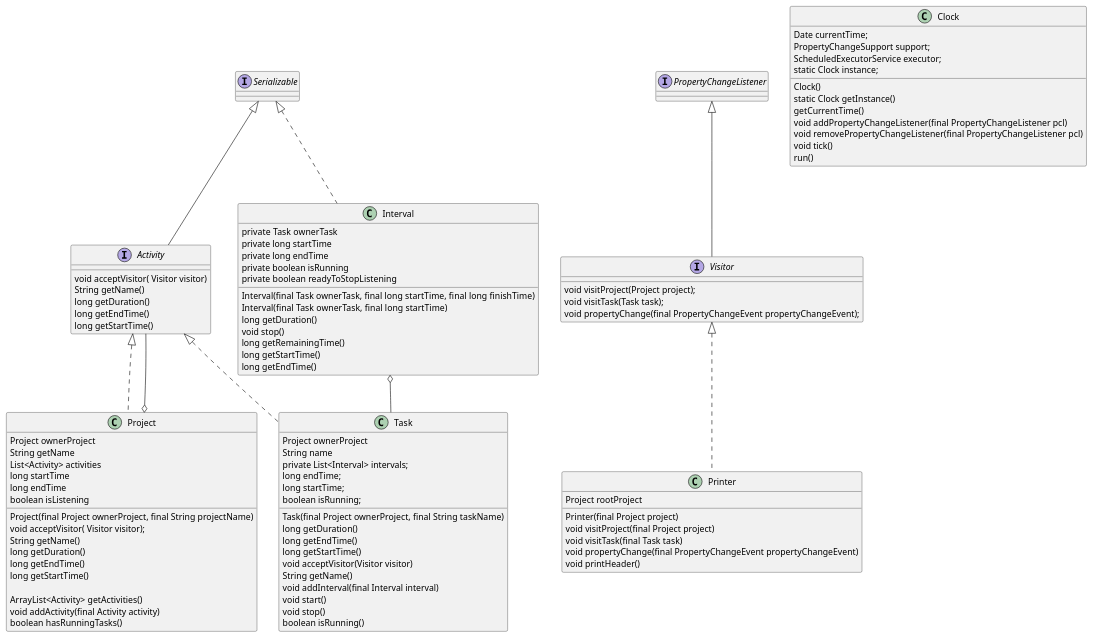
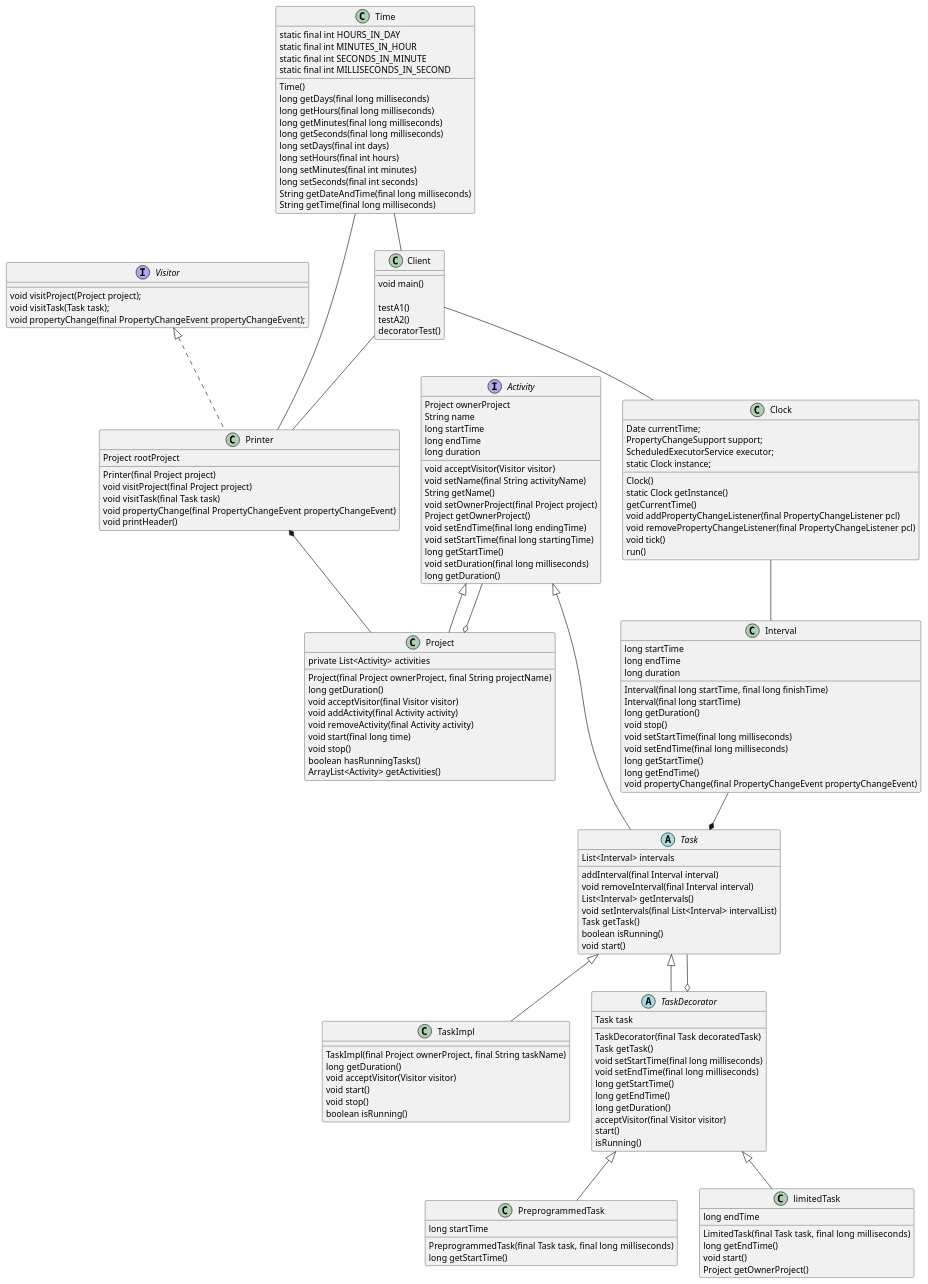
The diagram in app/src/main/java/core/ds/ds_project/DS.puml (danibudo/TimeTracker), drawn with PlantUML before and after one commit.

```diff
--- a/app/src/main/java/core/ds/ds_project/DS.puml
+++ b/app/src/main/java/core/ds/ds_project/DS.puml
@@ -1,112 +1,200 @@
 @startuml
 
-interface Activity extends Serializable {
+interface Activity {
 
-void acceptVisitor( Visitor visitor)
+Project ownerProject
+String name
+long startTime
+long endTime
+long duration
+
+void acceptVisitor(Visitor visitor)
+void setName(final String activityName)
 String getName()
+void setOwnerProject(final Project project)
+Project getOwnerProject()
+void setEndTime(final long endingTime)
+void setStartTime(final long startingTime)
+long getStartTime()
+void setDuration(final long milliseconds)
 long getDuration()
-long getEndTime()
-long getStartTime()
 }
 
-class Project implements Activity {
-Project ownerProject
-String getName
-List<Activity> activities
-long startTime
-long endTime
-boolean isListening
+class Project extends Activity {
+private List<Activity> activities
 
 Project(final Project ownerProject, final String projectName)
-void acceptVisitor( Visitor visitor);
-String getName()
 long getDuration()
-long getEndTime()
-long getStartTime()
-
+void acceptVisitor(final Visitor visitor)
+void addActivity(final Activity activity)
+void removeActivity(final Activity activity)
+void start(final long time)
+void stop()
+boolean hasRunningTasks()
 ArrayList<Activity> getActivities()
-void addActivity(final Activity activity)
-boolean hasRunningTasks()
 
 }
 
 Project o-- Activity
 
-class Task implements Activity {
+abstract class Task extends Activity {
 
-Project ownerProject
-String name
-private List<Interval> intervals;
-long endTime;
-long startTime;
-boolean isRunning;
+List<Interval> intervals
+addInterval(final Interval interval)
+void removeInterval(final Interval interval)
+List<Interval> getIntervals()
+void setIntervals(final List<Interval> intervalList)
+Task getTask()
+boolean isRunning()
+void start()
 
-Task(final Project ownerProject, final String taskName)
+}
+
+
+
+
+class TaskImpl extends Task {
+
+TaskImpl(final Project ownerProject, final String taskName)
 long getDuration()
-long getEndTime()
-long getStartTime()
 void acceptVisitor(Visitor visitor)
-String getName()
-void addInterval(final Interval interval)
 void start()
 void stop()
 boolean isRunning()
 
 }
 
-interface Visitor extends PropertyChangeListener {
+class PreprogrammedTask extends TaskDecorator {
+
+long startTime
+
+PreprogrammedTask(final Task task, final long milliseconds)
+long getStartTime()
+
+}
+
+abstract class TaskDecorator extends Task {
+
+Task task
+
+TaskDecorator(final Task decoratedTask)
+Task getTask()
+void setStartTime(final long milliseconds)
+void setEndTime(final long milliseconds)
+long getStartTime()
+long getEndTime()
+long getDuration()
+acceptVisitor(final Visitor visitor)
+start()
+isRunning()
+
+}
+
+TaskDecorator o-- Task
+
+interface Visitor {
 
 void visitProject(Project project);
 void visitTask(Task task);
 void propertyChange(final PropertyChangeEvent propertyChangeEvent);
 
 }
 
 class Printer implements Visitor {
 Project rootProject
 
 Printer(final Project project)
 void visitProject(final Project project)
 void visitTask(final Task task)
 void propertyChange(final PropertyChangeEvent propertyChangeEvent)
 void printHeader()
 }
 
-class Interval implements Serializable {
-private Task ownerTask
-private long startTime
-private long endTime
-private boolean isRunning
-private boolean readyToStopListening
+class Interval {
+long startTime
+long endTime
+long duration
 
 
-Interval(final Task ownerTask, final long startTime, final long finishTime)
-Interval(final Task ownerTask, final long startTime)
+Interval(final long startTime, final long finishTime)
+Interval(final long startTime)
 long getDuration()
 void stop()
-long getRemainingTime()
+void setStartTime(final long milliseconds)
+void setEndTime(final long milliseconds)
 long getStartTime()
 long getEndTime()
+void propertyChange(final PropertyChangeEvent propertyChangeEvent)
 
 }
 
-Interval o-- Task
+Interval --* Task
 
 
 class Clock {
 Date currentTime;
 PropertyChangeSupport support;
 ScheduledExecutorService executor;
 static Clock instance;
 
 Clock()
 static Clock getInstance()
 getCurrentTime()
 void addPropertyChangeListener(final PropertyChangeListener pcl)
 void removePropertyChangeListener(final PropertyChangeListener pcl)
 void tick()
 run()
 
 }
 
+class Time {
+
+static final int HOURS_IN_DAY
+static final int MINUTES_IN_HOUR
+static final int SECONDS_IN_MINUTE
+static final int MILLISECONDS_IN_SECOND
+
+Time()
+long getDays(final long milliseconds)
+long getHours(final long milliseconds)
+long getMinutes(final long milliseconds)
+long getSeconds(final long milliseconds)
+long setDays(final int days)
+long setHours(final int hours)
+long setMinutes(final int minutes)
+long setSeconds(final int seconds)
+String getDateAndTime(final long milliseconds)
+String getTime(final long milliseconds)
+
+}
+
+
+class limitedTask extends TaskDecorator {
+long endTime
+
+LimitedTask(final Task task, final long milliseconds)
+long getEndTime()
+void start()
+Project getOwnerProject()
+
+}
+
+class Client {
+
+void main()
+
+testA1()
+testA2()
+decoratorTest()
+
+}
+
+Printer *-- Project
+
+Client -- Clock
+Clock -- Interval
+Client -- Printer
+
+Time -- Printer
+Time --Client
 @enduml
```
